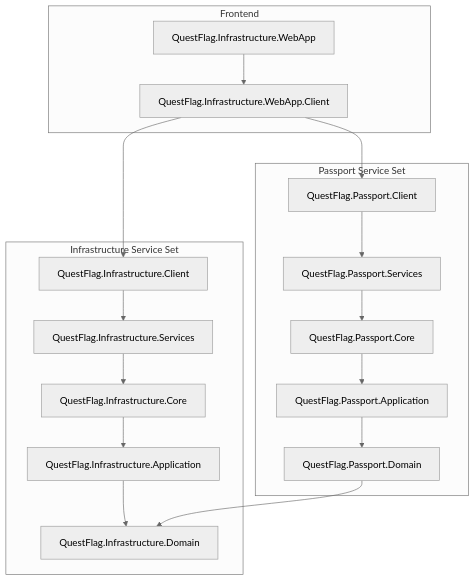
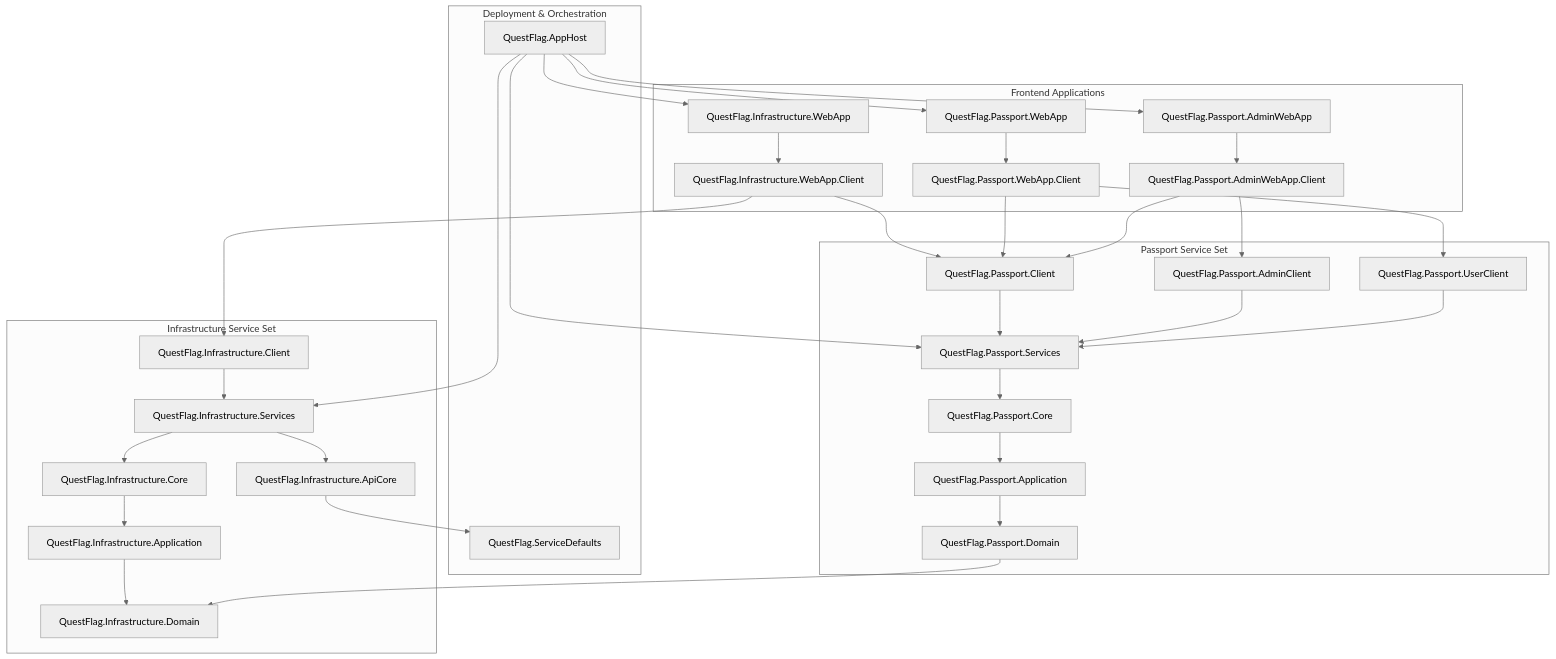
The diagram in docs/projects.md (questflag/qf-apps), drawn with Mermaid (neutral theme) before and after one commit. The commit also changed other lines of this file and 9 other files, not shown here.

````diff
--- a/docs/projects.md
+++ b/docs/projects.md
@@ -9,39 +9,69 @@
 ```mermaid
 graph TD
+    subgraph "Deployment & Orchestration"
+        AH[QuestFlag.AppHost]
+        SD[QuestFlag.ServiceDefaults]
+    end
+
     subgraph "Infrastructure Service Set"
         ID[QuestFlag.Infrastructure.Domain]
         IA[QuestFlag.Infrastructure.Application]
         IC[QuestFlag.Infrastructure.Core]
         IS[QuestFlag.Infrastructure.Services]
         ICL[QuestFlag.Infrastructure.Client]
+        IAC[QuestFlag.Infrastructure.ApiCore]
         
         IA --> ID
         IC --> IA
         IS --> IC
+        IS --> IAC
         ICL --> IS
+        IAC --> SD
     end
 
     subgraph "Passport Service Set"
         PD[QuestFlag.Passport.Domain]
         PA[QuestFlag.Passport.Application]
         PC[QuestFlag.Passport.Core]
         PS[QuestFlag.Passport.Services]
         PCL[QuestFlag.Passport.Client]
+        PACL[QuestFlag.Passport.AdminClient]
+        PUCL[QuestFlag.Passport.UserClient]
         
         PA --> PD
         PC --> PA
         PS --> PC
         PCL --> PS
+        PACL --> PS
+        PUCL --> PS
         
         PD --> ID
     end
 
-    subgraph "Frontend"
+    subgraph "Frontend Applications"
         WA[QuestFlag.Infrastructure.WebApp]
         WAC[QuestFlag.Infrastructure.WebApp.Client]
+        PWA[QuestFlag.Passport.WebApp]
+        PWAC[QuestFlag.Passport.WebApp.Client]
+        PAWA[QuestFlag.Passport.AdminWebApp]
+        PAWAC[QuestFlag.Passport.AdminWebApp.Client]
         
         WA --> WAC
         WAC --> ICL
         WAC --> PCL
+        
+        PWA --> PWAC
+        PWAC --> PCL
+        PWAC --> PUCL
+        
+        PAWA --> PAWAC
+        PAWAC --> PACL
+        PAWAC --> PCL
     end
+
+    AH --> IS
+    AH --> PS
+    AH --> WA
+    AH --> PWA
+    AH --> PAWA
 ```
````
